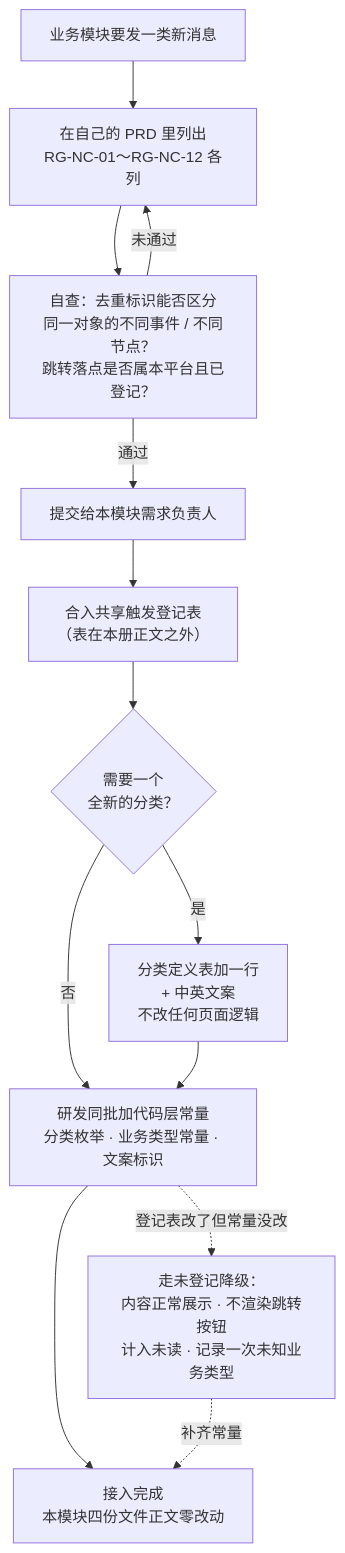
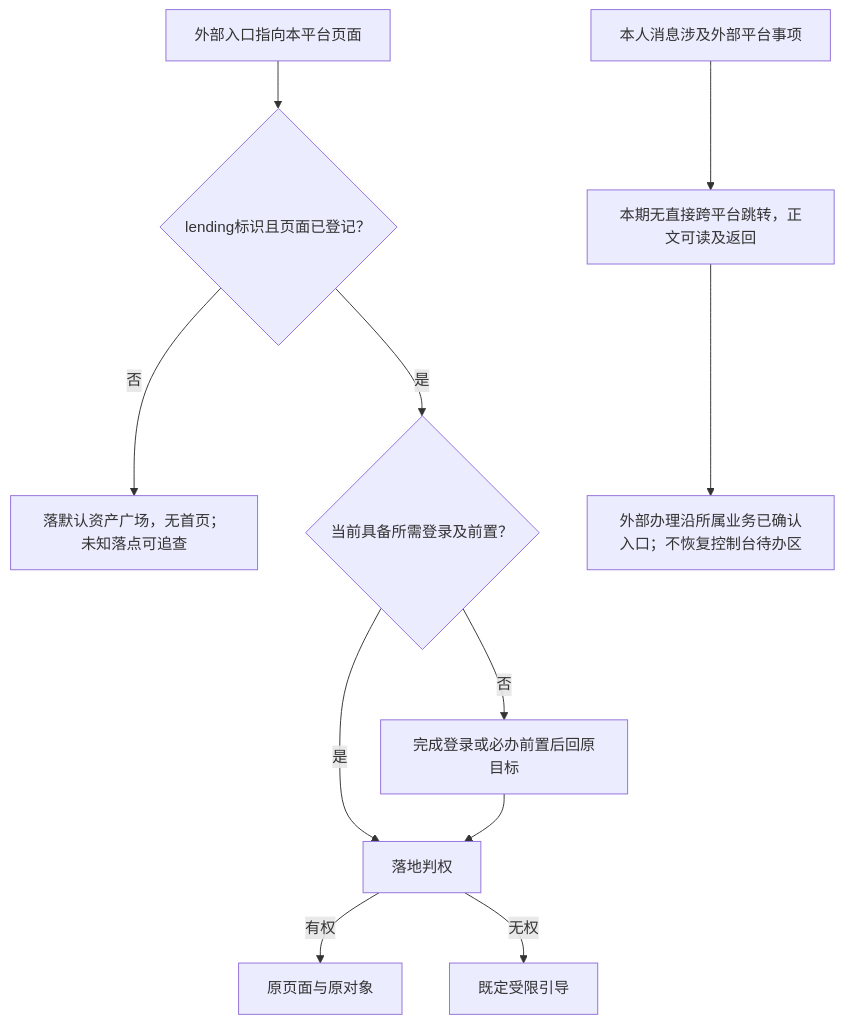
One commit to wxblockchain/Chain-Financing changed the fifth of 9 diagrams in lending-platform/PRD/v1.0-面客消息中心/v1.0-面客消息中心-流程图与状态机.md. Above: the diagram before and after it, drawn with Mermaid. The commit also changed other lines of this file and 4 other files, not shown here.

````diff
--- a/lending-platform/PRD/v1.0-面客消息中心/v1.0-面客消息中心-流程图与状态机.md
+++ b/lending-platform/PRD/v1.0-面客消息中心/v1.0-面客消息中心-流程图与状态机.md
@@ -217,16 +126,13 @@
 ```mermaid
 flowchart TD
-    A["业务模块要发一类新消息"] --> B["在自己的 PRD 里列出<br/>RG-NC-01～RG-NC-12 各列"]
-    B --> C["自查：去重标识能否区分<br/>同一对象的不同事件 / 不同节点？<br/>跳转落点是否属本平台且已登记？"]
-    C -->|"未通过"| B
-    C -->|"通过"| D["提交给本模块需求负责人"]
-    D --> E["合入共享触发登记表<br/>（表在本册正文之外）"]
-    E --> F{"需要一个<br/>全新的分类？"}
-    F -->|"是"| G["分类定义表加一行<br/>+ 中英文案<br/>不改任何页面逻辑"]
-    F -->|"否"| H
-    G --> H["研发同批加代码层常量<br/>分类枚举 · 业务类型常量 · 文案标识"]
-    H --> I["接入完成<br/>本模块四份文件正文零改动"]
-
-    H -.->|"登记表改了但常量没改"| J["走未登记降级：<br/>内容正常展示 · 不渲染跳转按钮<br/>计入未读 · 记录一次未知业务类型"]
-    J -.->|"补齐常量"| I
+    A["外部入口指向本平台页面"] --> B{"lending标识且页面已登记？"}
+    B -->|否| C["落默认资产广场，无首页；未知落点可追查"]
+    B -->|是| D{"当前具备所需登录及前置？"}
+    D -->|否| E["完成登录或必办前置后回原目标"]
+    D -->|是| F["落地判权"]
+    E --> F
+    F -->|有权| G["原页面与原对象"]
+    F -->|无权| H["既定受限引导"]
+    I["本人消息涉及外部平台事项"] --> J["本期无直接跨平台跳转，正文可读及返回"]
+    J --> K["外部办理沿所属业务已确认入口；不恢复控制台待办区"]
 ```
````
